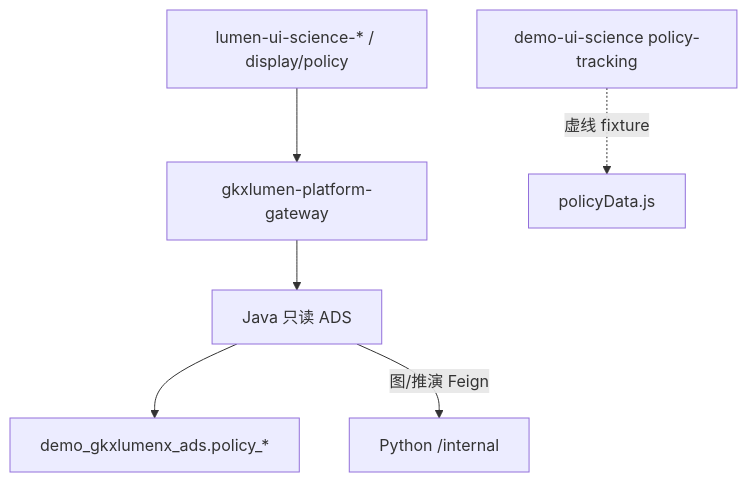
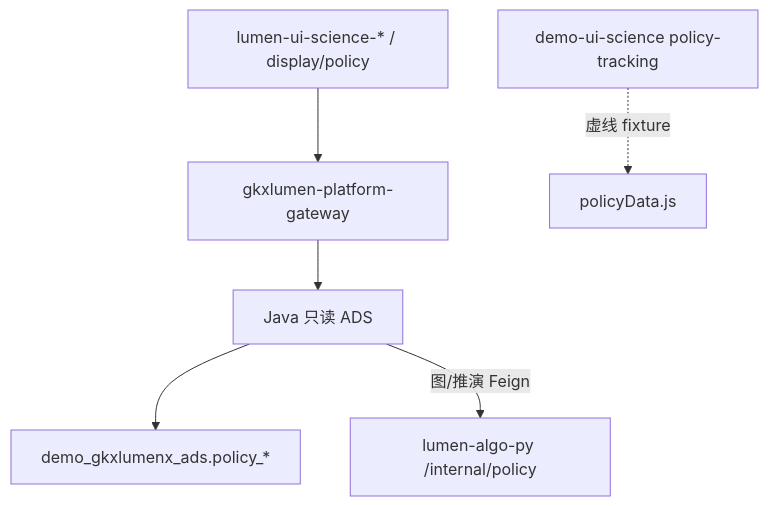
Before and after one commit to Marisolebxf/-: the third of 3 diagrams in agent-delivery/data/data-design/storage/POLICY/01-data-flow.md, drawn with Mermaid. The commit also changed other lines of this file and 1 other file, not shown here.

First line of the commit message:
docs(policy): PY-BOOT handoff 与 POLICY-STORAGE-FLOW Python 边 [agent:algorithm-agent]

````diff
--- a/agent-delivery/data/data-design/storage/POLICY/01-data-flow.md
+++ b/agent-delivery/data/data-design/storage/POLICY/01-data-flow.md
@@ -73,8 +73,8 @@
 ```mermaid
 flowchart TB
   SCI["lumen-ui-science-* / display/policy"] --> GW2["gkxlumen-platform-gateway"]
   GW2 --> JAVA2["Java 只读 ADS"]
   JAVA2 --> ADS2["demo_gkxlumenx_ads.policy_*"]
-  JAVA2 -->|"图/推演 Feign"| PY2["Python /internal"]
+  JAVA2 -->|"图/推演 Feign"| PY2["lumen-algo-py /internal/policy"]
   DEMO["demo-ui-science policy-tracking"] -.->|"虚线 fixture"| FIX["policyData.js"]
 ```
````
